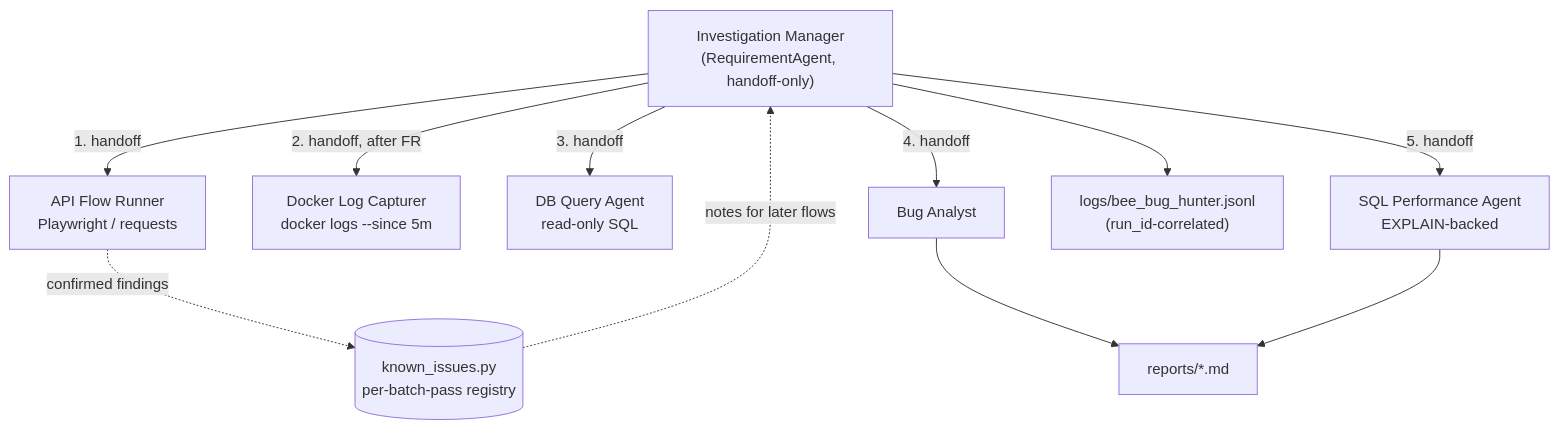
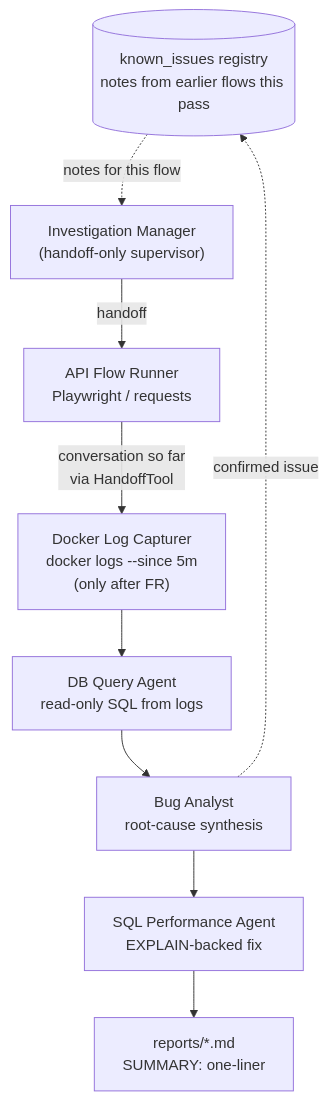
One commit to debaditya-mohankudo/bee-bug-hunter changed the diagram in README.md. Above: the diagram before and after it, drawn with Mermaid.

````diff
--- a/README.md
+++ b/README.md
@@ -23,18 +23,20 @@
 ```mermaid
 flowchart TD
-    M["Investigation Manager<br/>(RequirementAgent, handoff-only)"]
+    KI[("known_issues registry<br/>notes from earlier flows this pass")]
+    M["Investigation Manager<br/>(handoff-only supervisor)"]
+    FR["API Flow Runner<br/>Playwright / requests"]
+    LC["Docker Log Capturer<br/>docker logs --since 5m<br/>(only after FR)"]
+    DB["DB Query Agent<br/>read-only SQL from logs"]
+    BA["Bug Analyst<br/>root-cause synthesis"]
+    SP["SQL Performance Agent<br/>EXPLAIN-backed fix"]
+    R["reports/*.md<br/>SUMMARY: one-liner"]
 
-    M -->|1. handoff| FR["API Flow Runner<br/>Playwright / requests"]
-    M -->|2. handoff, after FR| LC["Docker Log Capturer<br/>docker logs --since 5m"]
-    M -->|3. handoff| DB["DB Query Agent<br/>read-only SQL"]
-    M -->|4. handoff| BA["Bug Analyst"]
-    M -->|5. handoff| SP["SQL Performance Agent<br/>EXPLAIN-backed"]
-
-    KI[("known_issues.py<br/>per-batch-pass registry")]
-    FR -.->|confirmed findings| KI
-    KI -.->|notes for later flows| M
-
-    BA --> R["reports/*.md"]
+    KI -.->|notes for this flow| M
+    M -->|handoff| FR
+    FR -->|conversation so far<br/>via HandoffTool| LC
+    LC --> DB
+    DB --> BA
+    BA -.->|confirmed issue| KI
+    BA --> SP
     SP --> R
-    M --> LOG["logs/bee_bug_hunter.jsonl<br/>(run_id-correlated)"]
 ```
````
